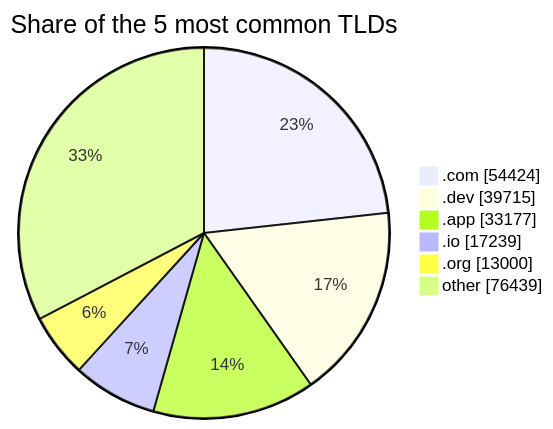
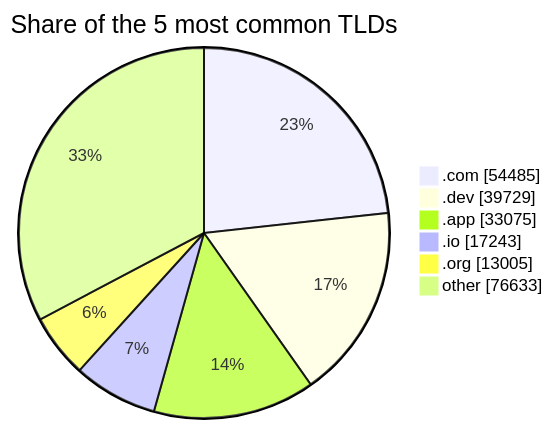
The second of 2 diagrams in README.md (DNSBunker/CTI), drawn with Mermaid before and after one commit. The commit also changed other lines of this file and 3 other files, not shown here.

````diff
--- a/README.md
+++ b/README.md
@@ -72,9 +72,9 @@
 ```mermaid
 pie showData title Share of the 5 most common TLDs
-    ".com" : 54424
-    ".dev" : 39715
-    ".app" : 33177
-    ".io" : 17239
-    ".org" : 13000
-    "other" : 76439
+    ".com" : 54485
+    ".dev" : 39729
+    ".app" : 33075
+    ".io" : 17243
+    ".org" : 13005
+    "other" : 76633
 ```
````
